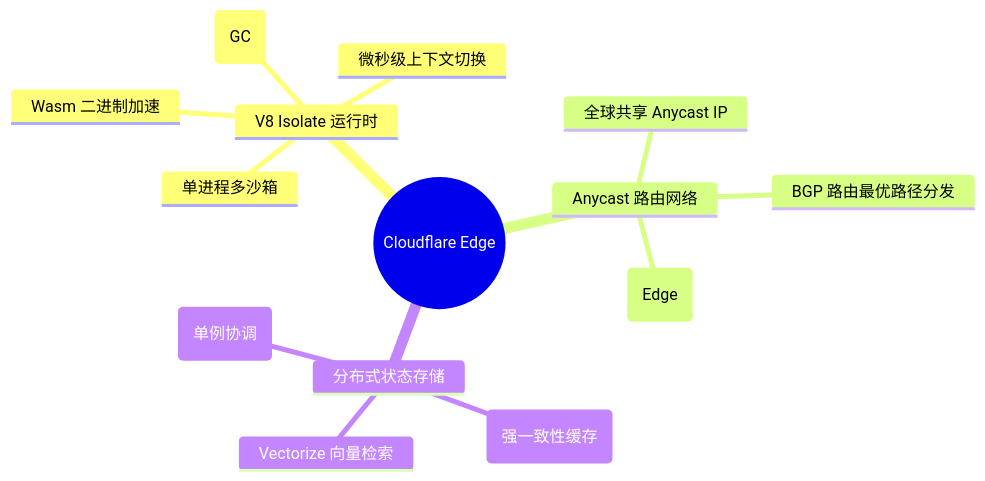
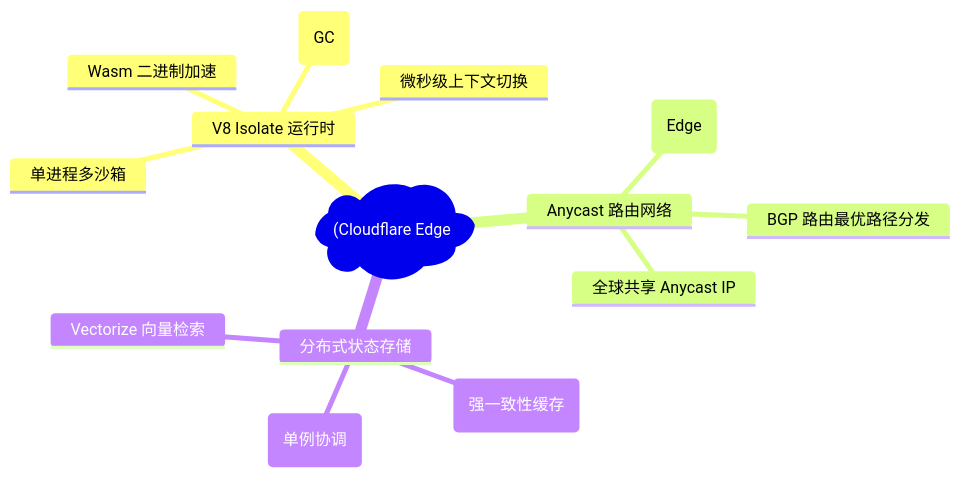
The second of 6 diagrams in docs/atlas/cloudflare-workers.mdx (koosai/AI-Architect-Learning), drawn with Mermaid before and after one commit. The commit also changed other lines of this file and 187 other files, not shown here.

Commit message:
fix(mermaid): fix all unquoted parens and edge label syntax errors across all docs

````diff
--- a/docs/atlas/cloudflare-workers.mdx
+++ b/docs/atlas/cloudflare-workers.mdx
@@ -76,17 +76,17 @@
 ```mermaid
 mindmap
-  root((Cloudflare Edge))
+  root("(Cloudflare Edge"))
     V8 Isolate 运行时
       单进程多沙箱
       微秒级上下文切换
       垃圾回收器隔离 (GC)
       Wasm 二进制加速
     Anycast 路由网络
       全球共享 Anycast IP
       BGP 路由最优路径分发
       边缘就近穿透 (Edge)
     分布式状态存储
       Workers KV (强一致性缓存)
       Durable Objects (单例协调)
       Vectorize 向量检索
 ```
````
